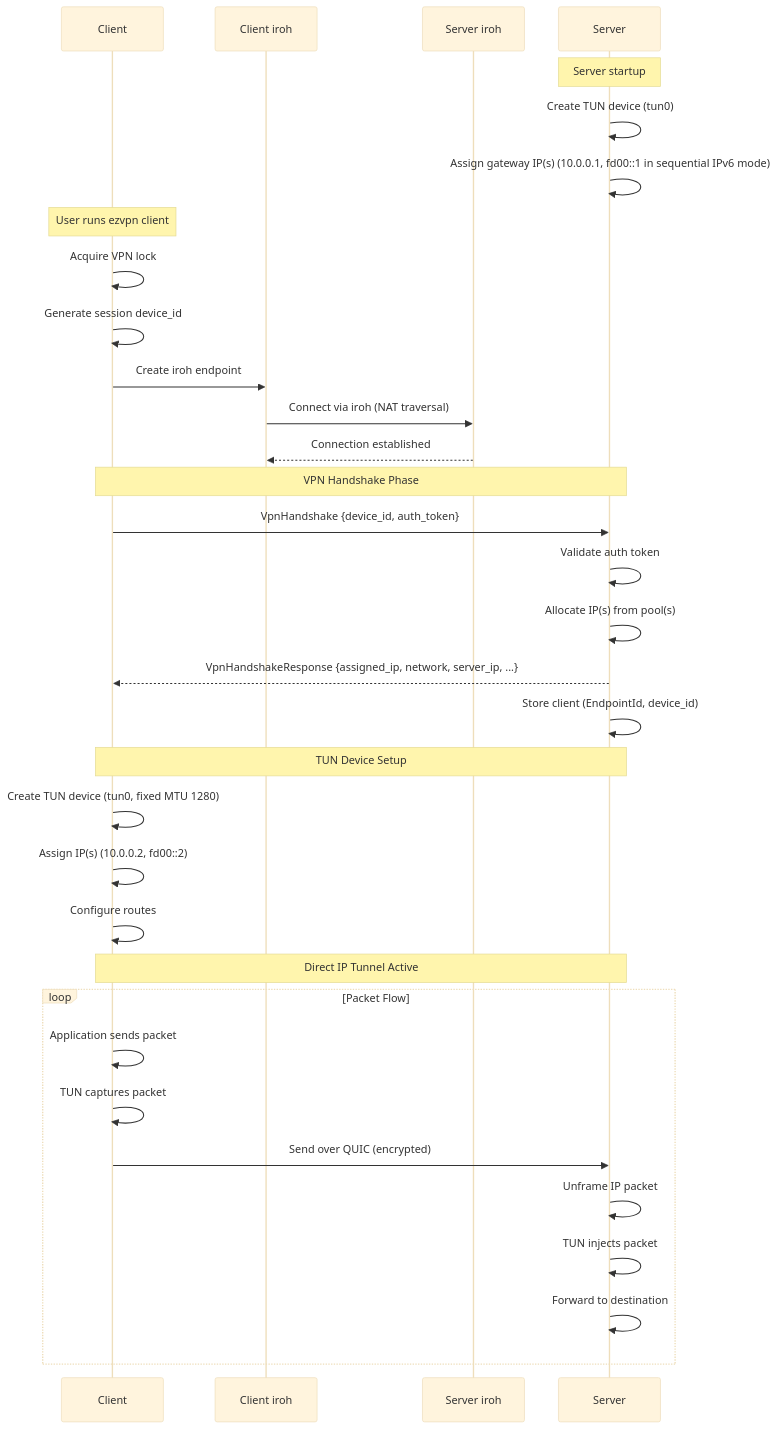
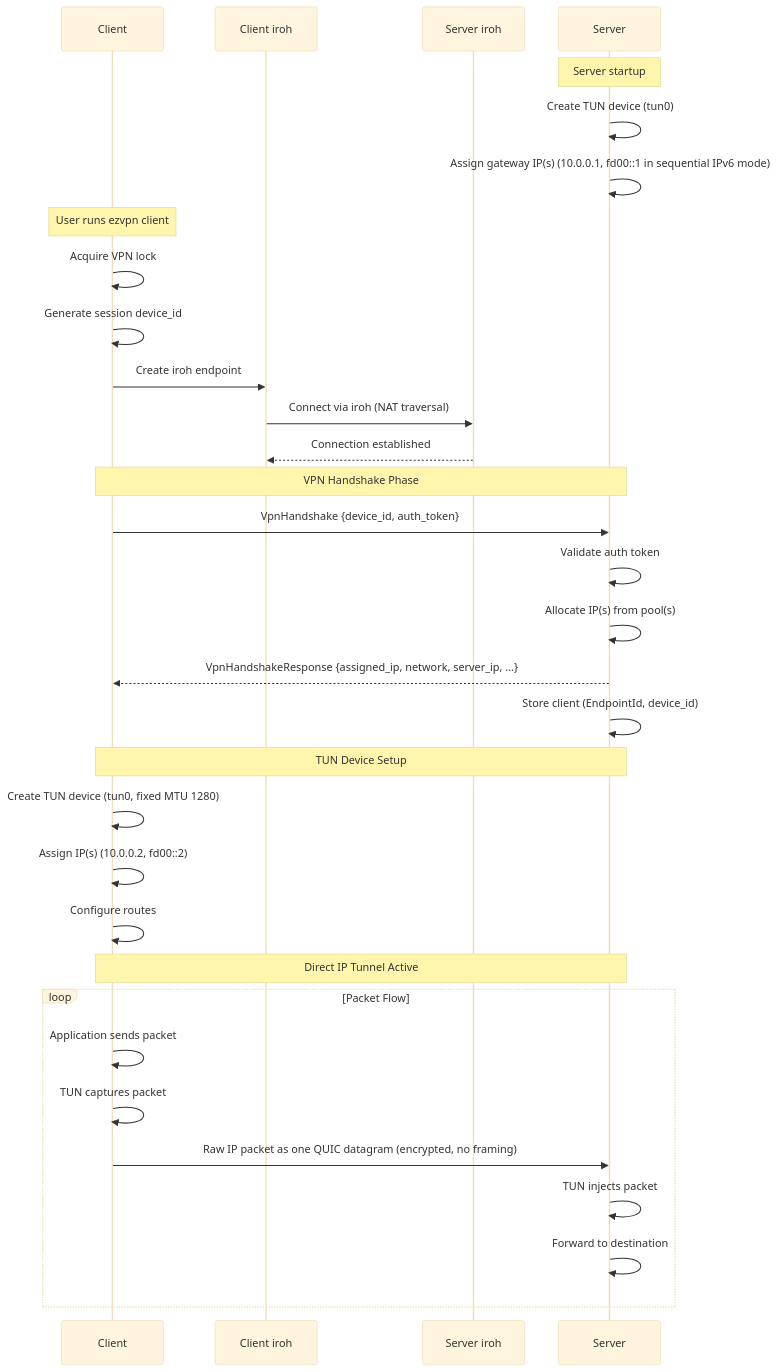
One commit to flexaccessdev/ezvpn changed the third of 6 diagrams in docs/Architecture.md. Above: the diagram before and after it, drawn with Mermaid (base theme). The commit also changed 2 other files, not shown here.

Commit message:
Fix review findings: unordered datagram semantics in test and docs
- Sort received sequences in the backpressure test before asserting;
  datagram ordering is not part of the no-eviction guarantee.
- Update the Architecture.md connection-flow diagram to show raw IP
  packets as unframed QUIC datagrams instead of the old framed steps.
- Correct README setup-log note: only local GSO status is logged; GSO
  is never negotiated.

````diff
--- a/docs/Architecture.md
+++ b/docs/Architecture.md
@@ -108,41 +108,40 @@
 ```mermaid
 sequenceDiagram
     participant C as Client
     participant CI as Client iroh
     participant SI as Server iroh
     participant S as Server
 
     Note over S: Server startup
     S->>S: Create TUN device (tun0)
     S->>S: Assign gateway IP(s) (10.0.0.1, fd00::1 in sequential IPv6 mode)
 
     Note over C: User runs ezvpn client
     C->>C: Acquire VPN lock
     C->>C: Generate session device_id
     C->>CI: Create iroh endpoint
 
     CI->>SI: Connect via iroh (NAT traversal)
     SI-->>CI: Connection established
 
     Note over C,S: VPN Handshake Phase
     C->>S: VpnHandshake {device_id, auth_token}
     S->>S: Validate auth token
     S->>S: Allocate IP(s) from pool(s)
     S-->>C: VpnHandshakeResponse {assigned_ip, network, server_ip, ...}
     S->>S: Store client (EndpointId, device_id)
 
     Note over C,S: TUN Device Setup
     C->>C: Create TUN device (tun0, fixed MTU 1280)
     C->>C: Assign IP(s) (10.0.0.2, fd00::2)
     C->>C: Configure routes
 
     Note over C,S: Direct IP Tunnel Active
     loop Packet Flow
         C->>C: Application sends packet
         C->>C: TUN captures packet
-        C->>S: Send over QUIC (encrypted)
-        S->>S: Unframe IP packet
+        C->>S: Raw IP packet as one QUIC datagram (encrypted, no framing)
         S->>S: TUN injects packet
         S->>S: Forward to destination
     end
 ```
````
